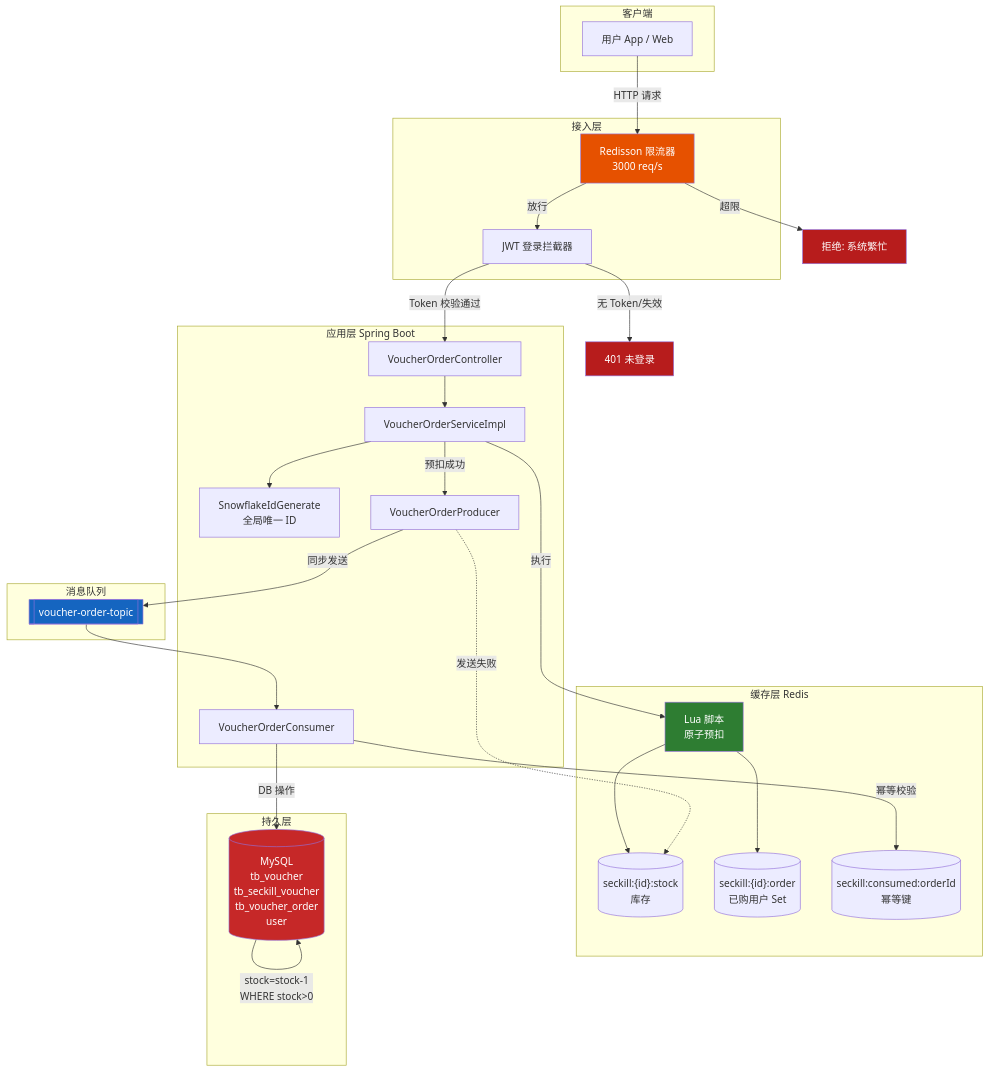
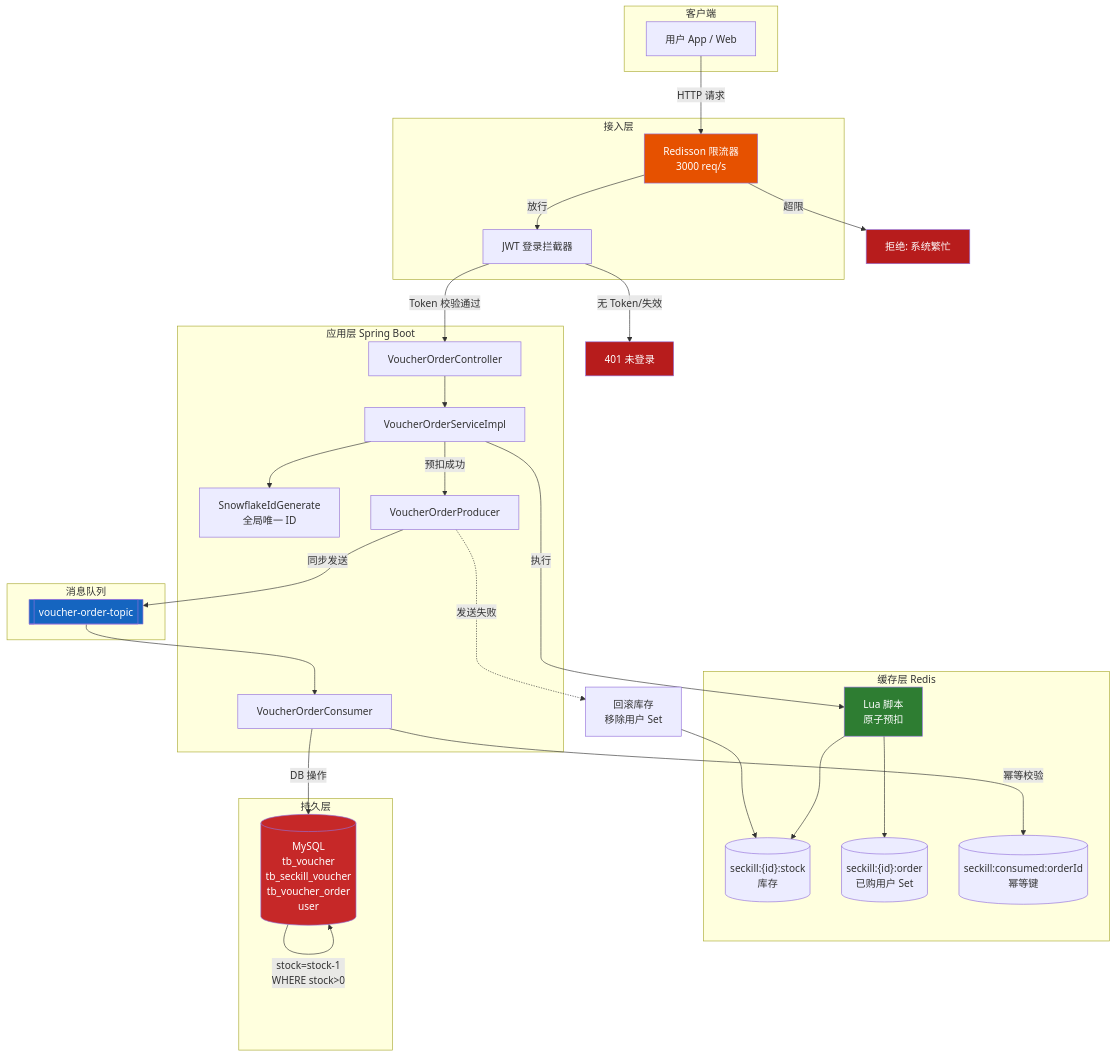
One commit to Shardkiht/FlashDeal changed the first of 3 diagrams in README.md. Above: the diagram before and after it, drawn with Mermaid. The commit also changed other lines of this file and 1 other file, not shown here.

````diff
--- a/README.md
+++ b/README.md
@@ -67,61 +67,62 @@
 ```mermaid
 flowchart TB
     subgraph Client["客户端"]
         U["用户 App / Web"]
     end
 
     subgraph Gateway["接入层"]
         RL["Redisson 限流器<br/>3000 req/s"]
         LI["JWT 登录拦截器"]
     end
 
     subgraph App["应用层 Spring Boot"]
         CTRL["VoucherOrderController"]
         SVC["VoucherOrderServiceImpl"]
         IDG["SnowflakeIdGenerate<br/>全局唯一 ID"]
         PROD["VoucherOrderProducer"]
         CONS["VoucherOrderConsumer"]
     end
 
     subgraph Cache["缓存层 Redis"]
         STOCK[("seckill:{id}:stock<br/>库存")]
         ORDER[("seckill:{id}:order<br/>已购用户 Set")]
         IDEM[("seckill:consumed:orderId<br/>幂等键")]
 
         LUA["Lua 脚本<br/>原子预扣"]
     end
 
     subgraph MQ["消息队列"]
         TOPIC[["voucher-order-topic"]]
     end
 
     subgraph DB["持久层"]
         MYSQL[("MySQL<br/>tb_voucher<br/>tb_seckill_voucher<br/>tb_voucher_order<br/>user")]
     end
 
     U -->|HTTP 请求| RL
     RL -->|放行| LI
     RL -->|超限| REJ["拒绝: 系统繁忙"]
     LI -->|Token 校验通过| CTRL
     LI -->|无 Token/失效| UNAUTH["401 未登录"]
     CTRL --> SVC
     SVC --> IDG
 
     SVC -->|执行| LUA
     LUA --> STOCK
     LUA --> ORDER
     SVC -->|预扣成功| PROD
     PROD -->|同步发送| TOPIC
-    PROD -.->|发送失败| STOCK
+    PROD -.->|发送失败| RB[回滚库存<br/>移除用户 Set]
+    RB --> STOCK
     TOPIC --> CONS
     CONS -->|幂等校验| IDEM
     CONS -->|DB 操作| MYSQL
     MYSQL -->|stock=stock-1<br/>WHERE stock>0| MYSQL
 
     style RL fill:#e65100,color:#fff
     style LUA fill:#2e7d32,color:#fff
     style TOPIC fill:#1565c0,color:#fff
     style MYSQL fill:#c62828,color:#fff
     style REJ fill:#b71c1c,color:#fff
     style UNAUTH fill:#b71c1c,color:#fff
 ```
````
